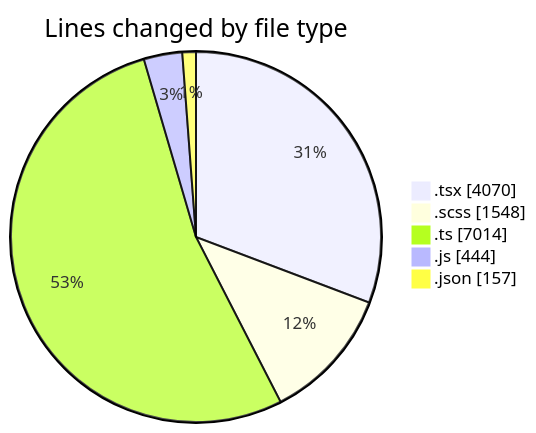
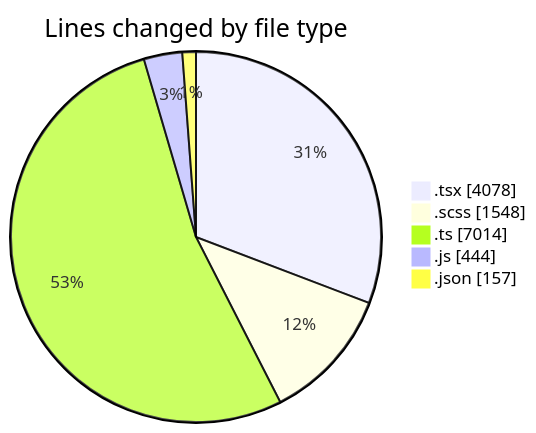
One commit to momahboobian/code-tracking changed the first of 2 diagrams in 2026-04-23/cda/README.md. Above: the diagram before and after it, drawn with Mermaid. The commit also changed other lines of this file and 1 other file, not shown here.

````diff
--- a/2026-04-23/cda/README.md
+++ b/2026-04-23/cda/README.md
@@ -44,9 +44,9 @@
 ```mermaid
 pie showData
 title Lines changed by file type
-".tsx" : 4070
+".tsx" : 4078
 ".scss" : 1548
 ".ts" : 7014
 ".js" : 444
 ".json" : 157
 ```
````
